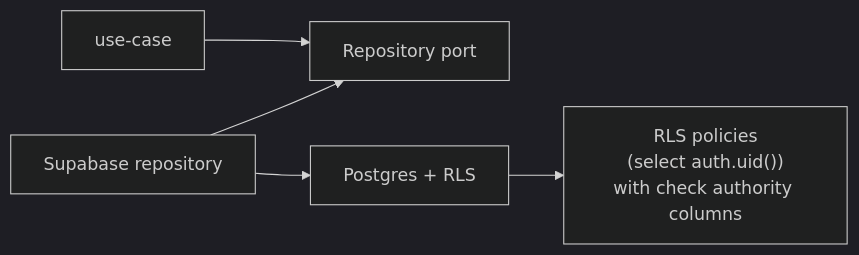
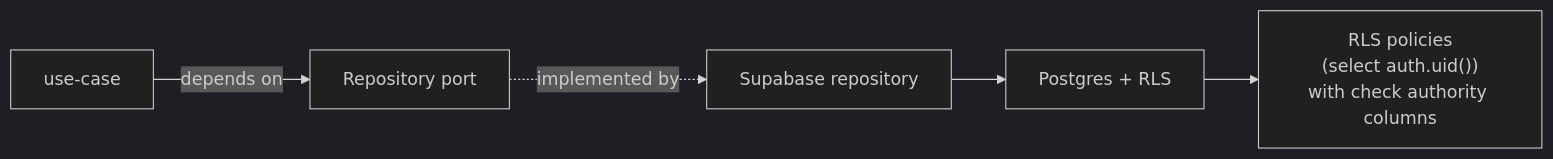
One commit to clicktronix/nextjs-clean-skills changed the fifth of 6 diagrams in docs/architecture-contract.md. Above: the diagram before and after it, drawn with Mermaid (dark theme). The commit also changed other lines of this file and 2 other files, not shown here.

````diff
--- a/docs/architecture-contract.md
+++ b/docs/architecture-contract.md
@@ -105,7 +155,7 @@
 ```mermaid
 flowchart LR
-  UseCase["use-case"] --> Port["Repository port"]
-  Adapter["Supabase repository"] --> Port
+  UseCase["use-case"] -->|"depends on"| Port["Repository port"]
+  Port -. "implemented by" .-> Adapter["Supabase repository"]
   Adapter --> SQL["Postgres + RLS"]
   SQL --> Policy["RLS policies\n(select auth.uid())\nwith check authority columns"]
 ```
````
